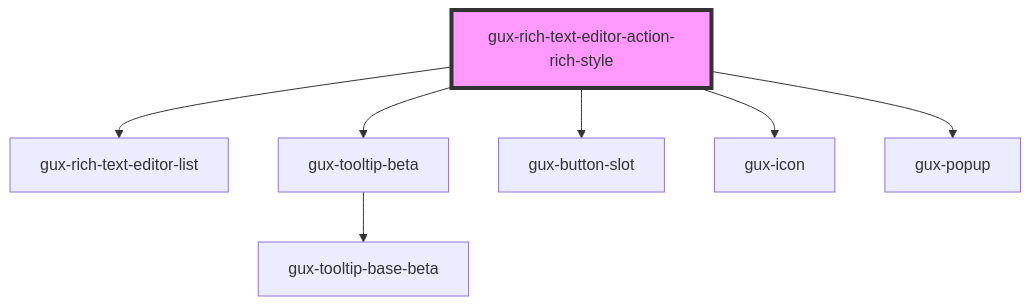
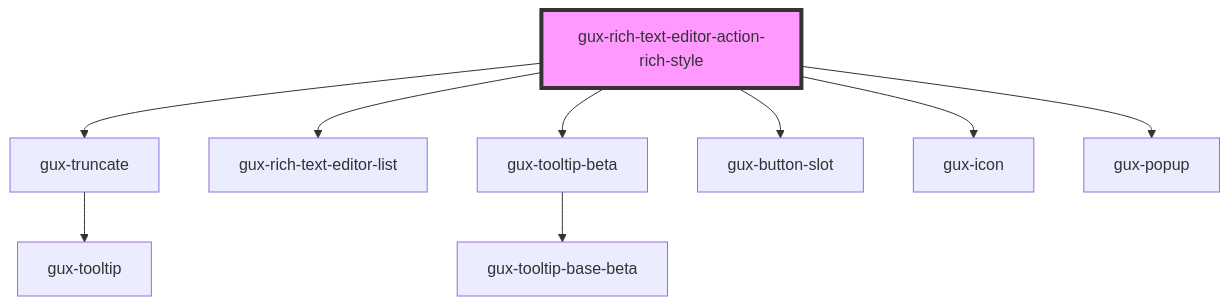
The diagram in packages/genesys-spark-components/src/components/beta/gux-rich-text-editor/gux-rich-text-editor-action/gux-rich-text-editor-action-rich-style/readme.md (MuthuEshwara-Manian/genesys-spark), drawn with Mermaid before and after one commit. The commit also changed other lines of this file and 9 other files, not shown here.

First line of the commit message:
refactor(rich-text-editor): add value to rich-style-dropdown

````diff
--- a/packages/genesys-spark-components/src/components/beta/gux-rich-text-editor/gux-rich-text-editor-action/gux-rich-text-editor-action-rich-style/readme.md
+++ b/packages/genesys-spark-components/src/components/beta/gux-rich-text-editor/gux-rich-text-editor-action/gux-rich-text-editor-action-rich-style/readme.md
@@ -33,10 +35,12 @@
 ```mermaid
 graph TD;
+  gux-rich-text-editor-action-rich-style --> gux-truncate
   gux-rich-text-editor-action-rich-style --> gux-rich-text-editor-list
   gux-rich-text-editor-action-rich-style --> gux-tooltip-beta
   gux-rich-text-editor-action-rich-style --> gux-button-slot
   gux-rich-text-editor-action-rich-style --> gux-icon
   gux-rich-text-editor-action-rich-style --> gux-popup
+  gux-truncate --> gux-tooltip
   gux-tooltip-beta --> gux-tooltip-base-beta
   style gux-rich-text-editor-action-rich-style fill:#f9f,stroke:#333,stroke-width:4px
 ```
````
